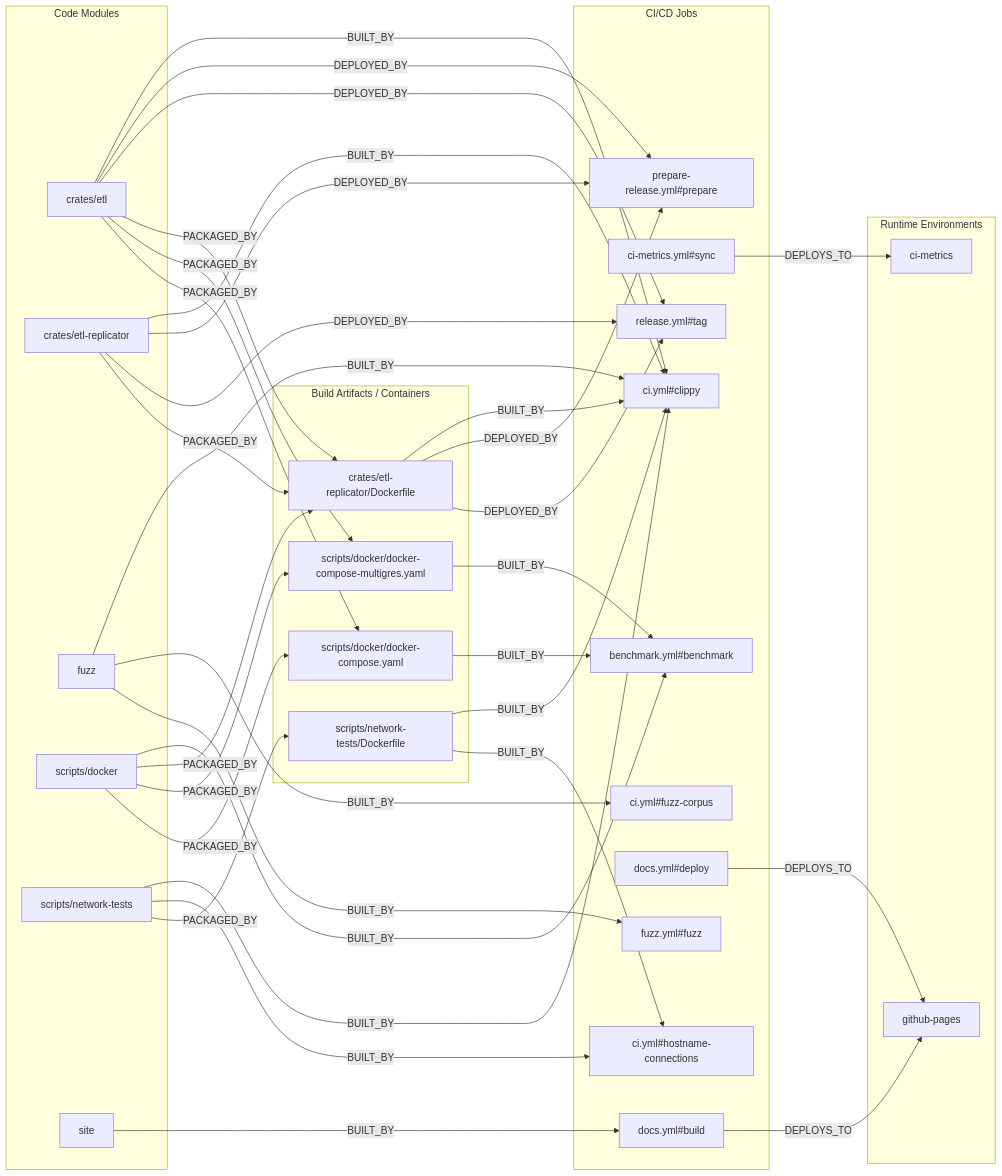
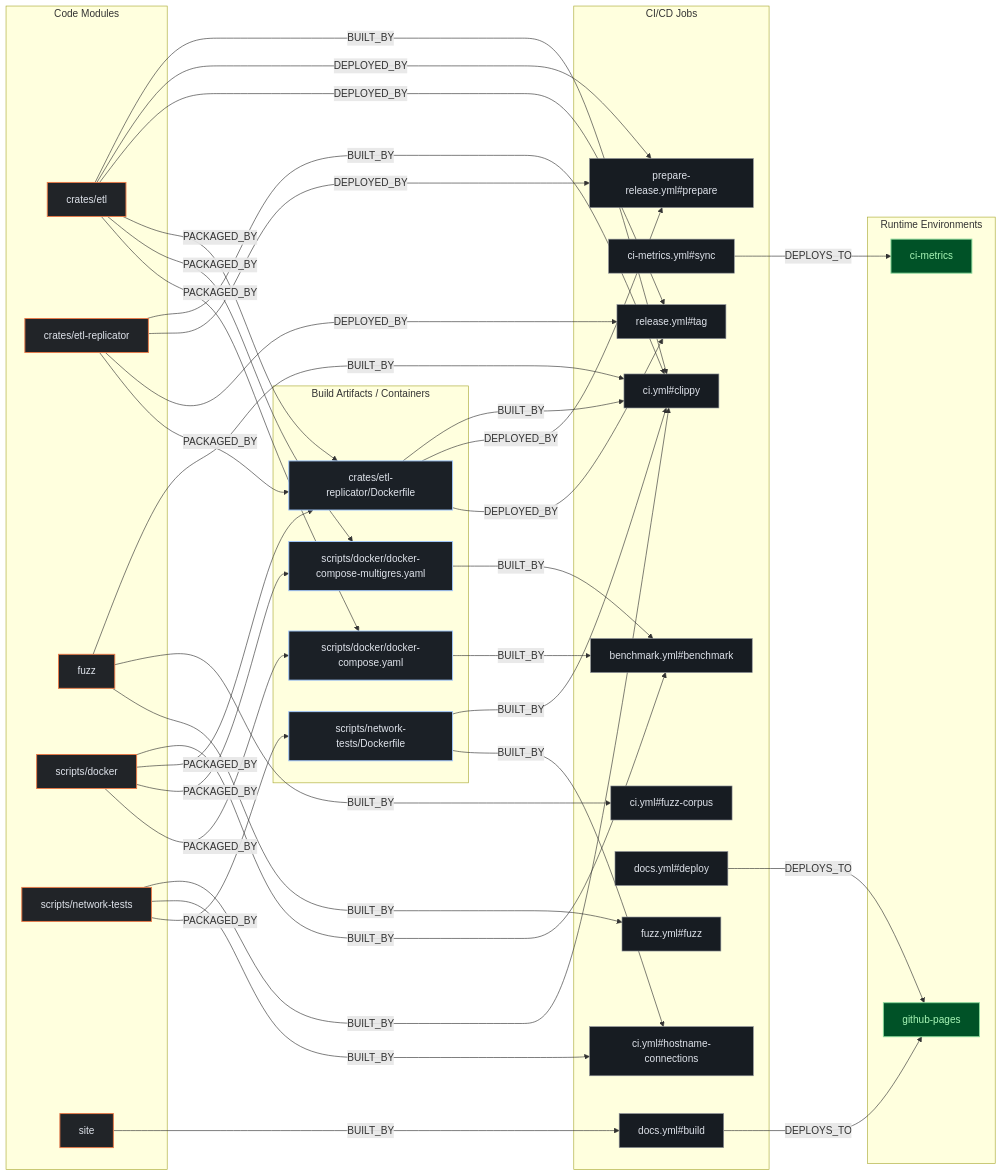
The second of 3 diagrams in exports/latest/reports/supabase-etl-report.md (kumarshaz/atruss-code-atlas), drawn with Mermaid before and after one commit. The commit also changed other lines of this file and 331 other files, not shown here.

Commit message:
docs,ui,fix: update SDLC docs, reorder CI/CD DAG first, stylize Mermaid, and fix Arc42 pipeline topology

````diff
--- a/exports/latest/reports/supabase-etl-report.md
+++ b/exports/latest/reports/supabase-etl-report.md
@@ -211,64 +218,68 @@
 ```mermaid
 flowchart LR
+    classDef atlasCategory fill:#212428,stroke:#E87A48,stroke-width:1.5px,color:#dfe3eb
+    classDef atlasWorkflow fill:#1b2026,stroke:#a3c9ff,stroke-width:1.5px,color:#dfe3eb
+    classDef atlasJob fill:#171c22,stroke:#8d9199,stroke-width:1px,color:#dfe3eb
+    classDef atlasTarget fill:#005227,stroke:#8bd99b,stroke-width:1.5px,color:#a7f6b6
     subgraph code_modules["Code Modules"]
-        mod_crates_etl["crates/etl"]
-        mod_crates_etl_replicator["crates/etl-replicator"]
-        mod_fuzz["fuzz"]
-        mod_scripts_docker["scripts/docker"]
-        mod_scripts_network_tests["scripts/network-tests"]
-        mod_site["site"]
+        mod_crates_etl["crates/etl"]:::atlasCategory
+        mod_crates_etl_replicator["crates/etl-replicator"]:::atlasCategory
+        mod_fuzz["fuzz"]:::atlasCategory
+        mod_scripts_docker["scripts/docker"]:::atlasCategory
+        mod_scripts_network_tests["scripts/network-tests"]:::atlasCategory
+        mod_site["site"]:::atlasCategory
     end
     subgraph build_artifacts["Build Artifacts / Containers"]
-        art_crates_etl_replicator_Dockerfile["crates/etl-replicator/Dockerfile"]
-        art_scripts_docker_docker_compose_multigres_yaml["scripts/docker/docker-compose-multigres.yaml"]
-        art_scripts_docker_docker_compose_yaml["scripts/docker/docker-compose.yaml"]
-        art_scripts_network_tests_Dockerfile["scripts/network-tests/Dockerfile"]
+        art_crates_etl_replicator_Dockerfile["crates/etl-replicator/Dockerfile"]:::atlasWorkflow
+        art_scripts_docker_docker_compose_multigres_yaml["scripts/docker/docker-compose-multigres.yaml"]:::atlasWorkflow
+        art_scripts_docker_docker_compose_yaml["scripts/docker/docker-compose.yaml"]:::atlasWorkflow
+        art_scripts_network_tests_Dockerfile["scripts/network-tests/Dockerfile"]:::atlasWorkflow
     end
     subgraph ci_jobs["CI/CD Jobs"]
-        job_benchmark_yml_benchmark["benchmark.yml#benchmark"]
-        job_ci_metrics_yml_sync["ci-metrics.yml#sync"]
-        job_ci_yml_clippy["ci.yml#clippy"]
-        job_ci_yml_fuzz_corpus["ci.yml#fuzz-corpus"]
-        job_ci_yml_hostname_connections["ci.yml#hostname-connections"]
-        job_docs_yml_build["docs.yml#build"]
-        job_docs_yml_deploy["docs.yml#deploy"]
-        job_fuzz_yml_fuzz["fuzz.yml#fuzz"]
-        job_prepare_release_yml_prepare["prepare-release.yml#prepare"]
-        job_release_yml_tag["release.yml#tag"]
+        job_benchmark_yml_benchmark["benchmark.yml#benchmark"]:::atlasJob
+        job_ci_metrics_yml_sync["ci-metrics.yml#sync"]:::atlasJob
+        job_ci_yml_clippy["ci.yml#clippy"]:::atlasJob
+        job_ci_yml_fuzz_corpus["ci.yml#fuzz-corpus"]:::atlasJob
+        job_ci_yml_hostname_connections["ci.yml#hostname-connections"]:::atlasJob
+        job_docs_yml_build["docs.yml#build"]:::atlasJob
+        job_docs_yml_deploy["docs.yml#deploy"]:::atlasJob
+        job_fuzz_yml_fuzz["fuzz.yml#fuzz"]:::atlasJob
+        job_prepare_release_yml_prepare["prepare-release.yml#prepare"]:::atlasJob
+        job_release_yml_tag["release.yml#tag"]:::atlasJob
     end
     subgraph runtime_envs["Runtime Environments"]
-        env_ci_metrics["ci-metrics"]
-        env_github_pages["github-pages"]
+        env_ci_metrics["ci-metrics"]:::atlasTarget
+        env_github_pages["github-pages"]:::atlasTarget
     end
     job_ci_metrics_yml_sync -->|DEPLOYS_TO| env_ci_metrics
     job_docs_yml_build -->|DEPLOYS_TO| env_github_pages
     job_docs_yml_deploy -->|DEPLOYS_TO| env_github_pages
     mod_crates_etl -->|BUILT_BY| job_ci_yml_clippy
     mod_crates_etl -->|DEPLOYED_BY| job_prepare_release_yml_prepare
     mod_crates_etl -->|DEPLOYED_BY| job_release_yml_tag
     mod_crates_etl -->|PACKAGED_BY| art_crates_etl_replicator_Dockerfile
     mod_crates_etl -->|PACKAGED_BY| art_scripts_docker_docker_compose_multigres_yaml
     mod_crates_etl -->|PACKAGED_BY| art_scripts_docker_docker_compose_yaml
     mod_crates_etl_replicator -->|BUILT_BY| job_ci_yml_clippy
     mod_crates_etl_replicator -->|DEPLOYED_BY| job_prepare_release_yml_prepare
     mod_crates_etl_replicator -->|DEPLOYED_BY| job_release_yml_tag
     mod_crates_etl_replicator -->|PACKAGED_BY| art_crates_etl_replicator_Dockerfile
     mod_fuzz -->|BUILT_BY| job_ci_yml_clippy
     mod_fuzz -->|BUILT_BY| job_ci_yml_fuzz_corpus
     mod_fuzz -->|BUILT_BY| job_fuzz_yml_fuzz
     mod_scripts_docker -->|BUILT_BY| job_benchmark_yml_benchmark
     mod_scripts_docker -->|PACKAGED_BY| art_crates_etl_replicator_Dockerfile
     mod_scripts_docker -->|PACKAGED_BY| art_scripts_docker_docker_compose_multigres_yaml
     mod_scripts_docker -->|PACKAGED_BY| art_scripts_docker_docker_compose_yaml
     mod_scripts_network_tests -->|BUILT_BY| job_ci_yml_clippy
     mod_scripts_network_tests -->|BUILT_BY| job_ci_yml_hostname_connections
     mod_scripts_network_tests -->|PACKAGED_BY| art_scripts_network_tests_Dockerfile
     mod_site -->|BUILT_BY| job_docs_yml_build
     art_crates_etl_replicator_Dockerfile -->|BUILT_BY| job_ci_yml_clippy
     art_crates_etl_replicator_Dockerfile -->|DEPLOYED_BY| job_prepare_release_yml_prepare
     art_crates_etl_replicator_Dockerfile -->|DEPLOYED_BY| job_release_yml_tag
     art_scripts_docker_docker_compose_multigres_yaml -->|BUILT_BY| job_benchmark_yml_benchmark
     art_scripts_docker_docker_compose_yaml -->|BUILT_BY| job_benchmark_yml_benchmark
     art_scripts_network_tests_Dockerfile -->|BUILT_BY| job_ci_yml_clippy
     art_scripts_network_tests_Dockerfile -->|BUILT_BY| job_ci_yml_hostname_connections
 ```
````
